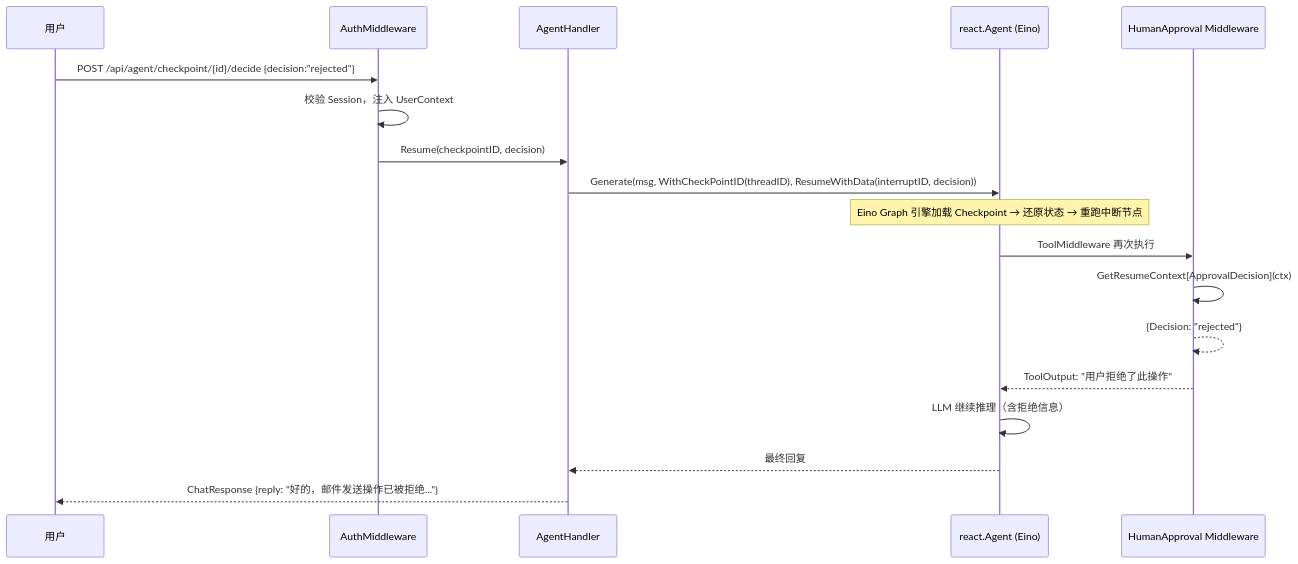
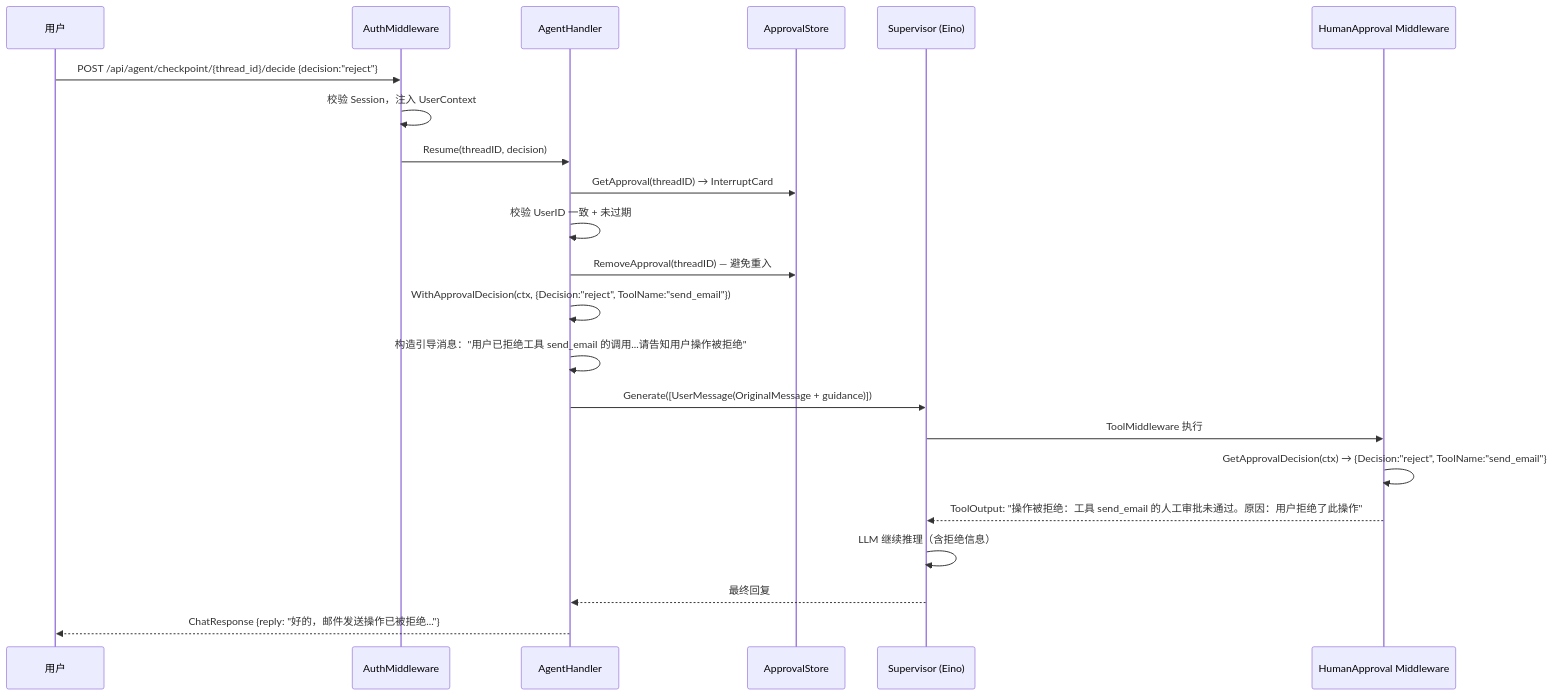
One commit to cling-2/Agent-Basic-Framework changed the fourth of 5 diagrams in docs/DOC-03.md. Above: the diagram before and after it, drawn with Mermaid. The commit also changed other lines of this file and 23 other files, not shown here.

````diff
--- a/docs/DOC-03.md
+++ b/docs/DOC-03.md
@@ -257,24 +230,29 @@
 ```mermaid
 sequenceDiagram
     participant U as 用户
     participant MW as AuthMiddleware
     participant H as AgentHandler
-    participant RA as react.Agent (Eino)
+    participant AS as ApprovalStore
+    participant RA as Supervisor (Eino)
     participant HITL as HumanApproval Middleware
 
-    U->>MW: POST /api/agent/checkpoint/{id}/decide {decision:"rejected"}
+    U->>MW: POST /api/agent/checkpoint/{thread_id}/decide {decision:"reject"}
     MW->>MW: 校验 Session，注入 UserContext
-    MW->>H: Resume(checkpointID, decision)
-    H->>RA: Generate(msg, WithCheckPointID(threadID), ResumeWithData(interruptID, decision))
+    MW->>H: Resume(threadID, decision)
+    H->>AS: GetApproval(threadID) → InterruptCard
+    H->>H: 校验 UserID 一致 + 未过期
+    H->>AS: RemoveApproval(threadID) — 避免重入
 
-    Note over RA: Eino Graph 引擎加载 Checkpoint → 还原状态 → 重跑中断节点
+    H->>H: WithApprovalDecision(ctx, {Decision:"reject", ToolName:"send_email"})
+    H->>H: 构造引导消息："用户已拒绝工具 send_email 的调用...请告知用户操作被拒绝"
 
-    RA->>HITL: ToolMiddleware 再次执行
-    HITL->>HITL: GetResumeContext[ApprovalDecision](ctx)
-    HITL-->>HITL: {Decision: "rejected"}
-    HITL-->>RA: ToolOutput: "用户拒绝了此操作"
+    H->>RA: Generate([UserMessage(OriginalMessage + guidance)])
+
+    RA->>HITL: ToolMiddleware 执行
+    HITL->>HITL: GetApprovalDecision(ctx) → {Decision:"reject", ToolName:"send_email"}
+    HITL-->>RA: ToolOutput: "操作被拒绝：工具 send_email 的人工审批未通过。原因：用户拒绝了此操作"
 
     RA->>RA: LLM 继续推理（含拒绝信息）
     RA-->>H: 最终回复
     H-->>U: ChatResponse {reply: "好的，邮件发送操作已被拒绝..."}
 ```
````
